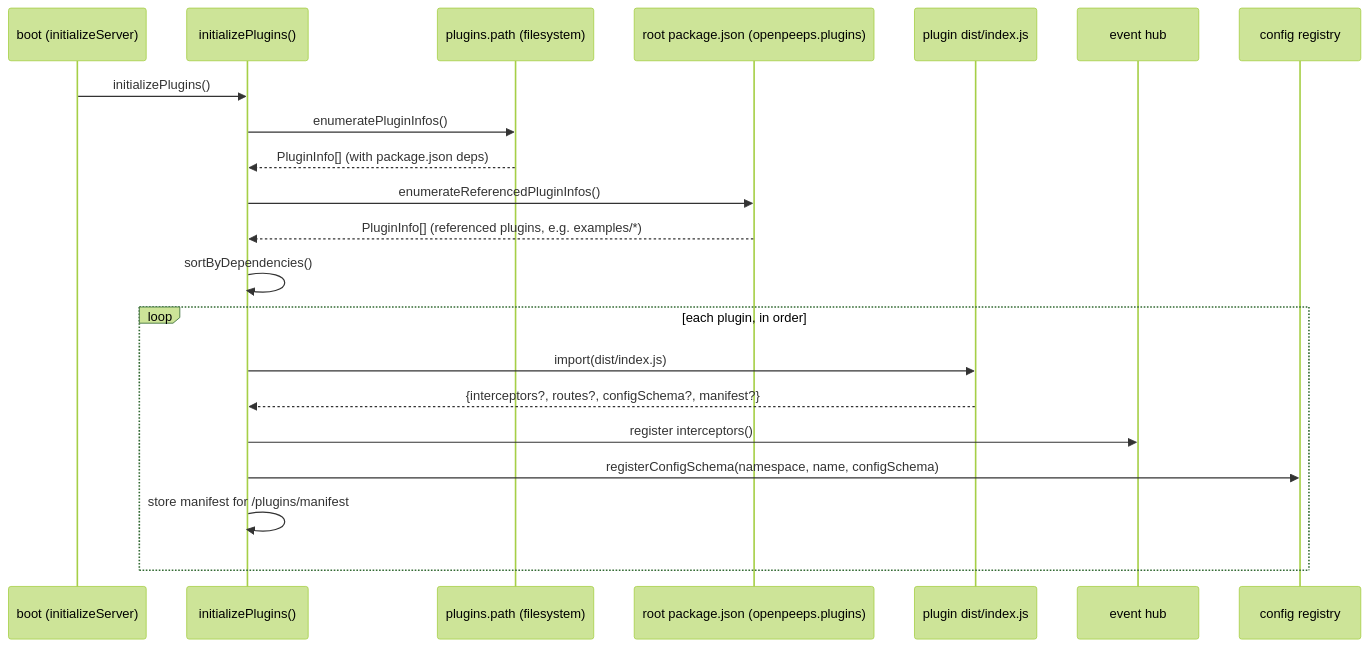
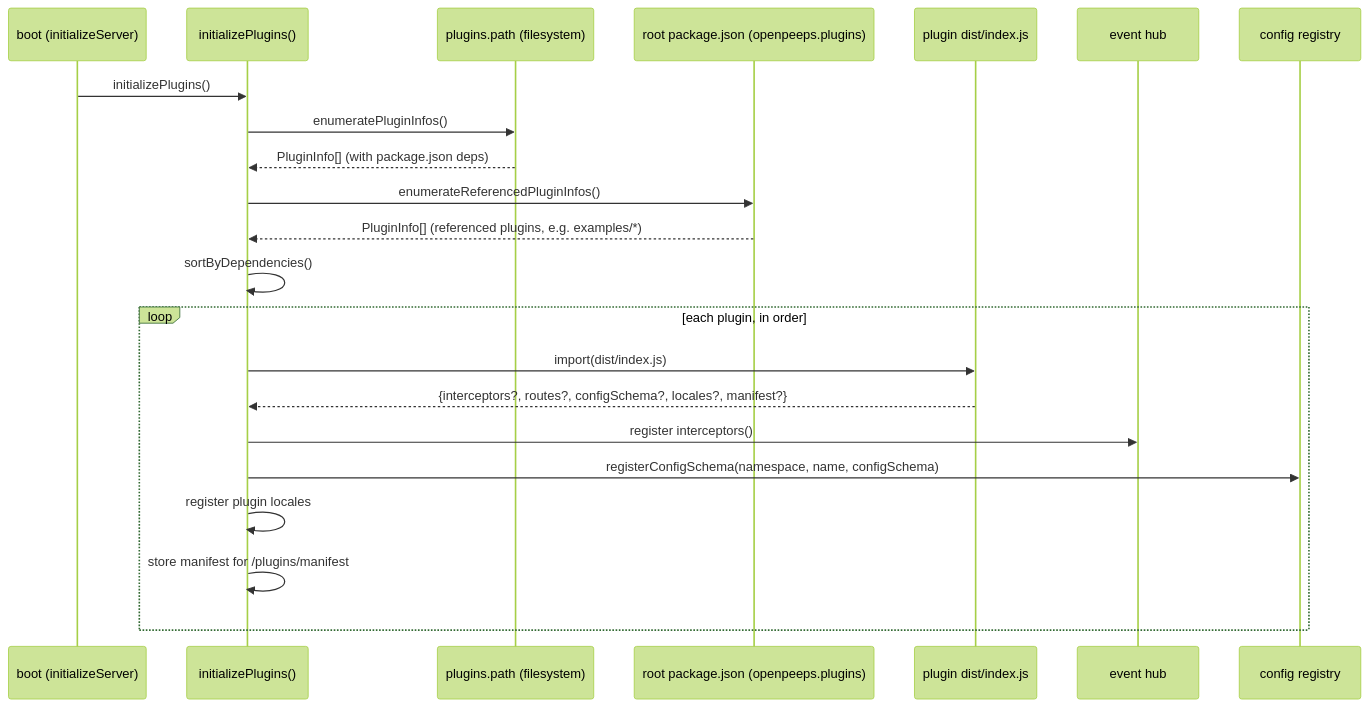
Before and after one commit to openpeepshq/openpeeps: the first of 2 diagrams in platform/web/docs/development/plugins.md, drawn with Mermaid (forest theme). The commit also changed other lines of this file and 14 other files, not shown here.

First line of the commit message:
feat(plugins): add configuration pages and merge plugin locales

````diff
--- a/platform/web/docs/development/plugins.md
+++ b/platform/web/docs/development/plugins.md
@@ -56,24 +58,25 @@
 ```mermaid
 sequenceDiagram
   participant B as boot (initializeServer)
   participant L as initializePlugins()
   participant FS as plugins.path (filesystem)
   participant ROOT as root package.json (openpeeps.plugins)
   participant P as plugin dist/index.js
   participant H as event hub
   participant CFG as config registry
 
   B->>L: initializePlugins()
   L->>FS: enumeratePluginInfos()
   FS-->>L: PluginInfo[] (with package.json deps)
   L->>ROOT: enumerateReferencedPluginInfos()
   ROOT-->>L: PluginInfo[] (referenced plugins, e.g. examples/*)
   L->>L: sortByDependencies()
   loop each plugin, in order
     L->>P: import(dist/index.js)
-    P-->>L: {interceptors?, routes?, configSchema?, manifest?}
+    P-->>L: {interceptors?, routes?, configSchema?, locales?, manifest?}
     L->>H: register interceptors()
     L->>CFG: registerConfigSchema(namespace, name, configSchema)
+    L->>L: register plugin locales
     L->>L: store manifest for /plugins/manifest
   end
 ```
````
